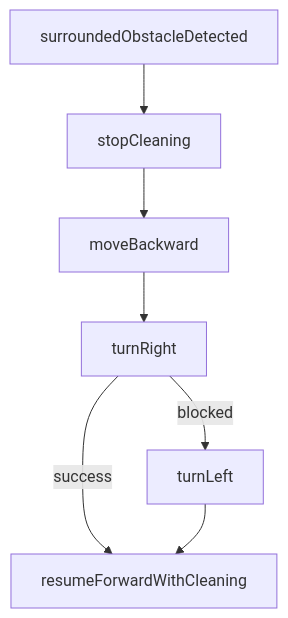
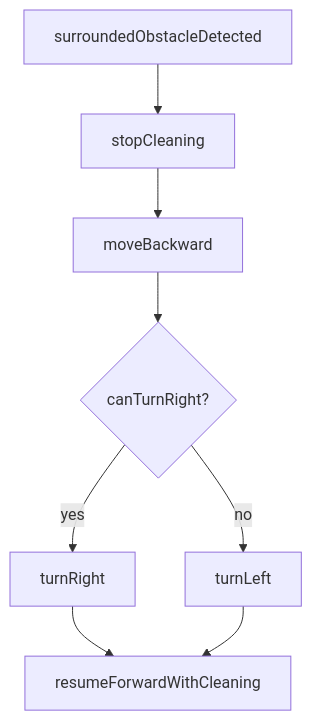
The first of 3 diagrams in docs/OOA/UseCases/UC-003.md (yul2yak/rvc_control_ooad), drawn with Mermaid before and after one commit. The commit also changed other lines of this file and 2 other files, not shown here.

````diff
--- a/docs/OOA/UseCases/UC-003.md
+++ b/docs/OOA/UseCases/UC-003.md
@@ -60,9 +60,10 @@
 ```mermaid
 flowchart TD
   Start[surroundedObstacleDetected] --> Stop[stopCleaning]
   Stop --> Back[moveBackward]
-  Back --> TryR[turnRight]
-  TryR -->|success| Resume[resumeForwardWithCleaning]
-  TryR -->|blocked| TryL[turnLeft]
+  Back --> Check{canTurnRight?}
+  Check -->|yes| TryR[turnRight]
+  Check -->|no| TryL[turnLeft]
+  TryR --> Resume[resumeForwardWithCleaning]
   TryL --> Resume
 ```
````
